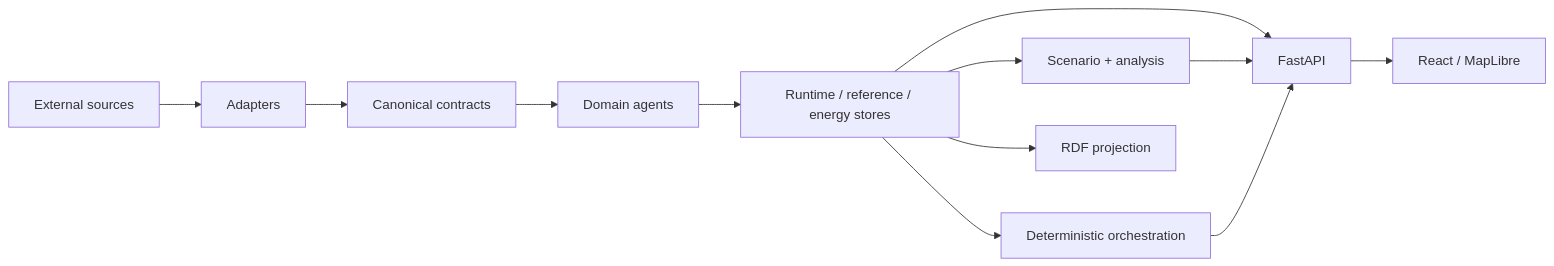
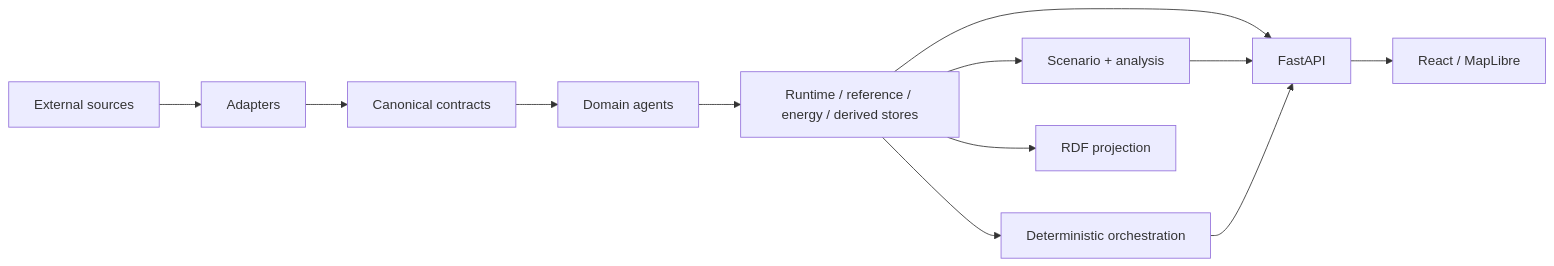
The diagram in README.md (nfloser/berlin-urban-intelligence), drawn with Mermaid before and after one commit. The commit also changed other lines of this file and 8 other files, not shown here.

````diff
--- a/README.md
+++ b/README.md
@@ -43,14 +50,14 @@
 ```mermaid
 flowchart LR
     S[External sources] --> A[Adapters]
     A --> C[Canonical contracts]
     C --> G[Domain agents]
-    G --> P[Runtime / reference / energy stores]
+    G --> P[Runtime / reference / energy / derived stores]
     P --> X[Scenario + analysis]
     P --> O[Deterministic orchestration]
     P --> K[RDF projection]
     P --> API[FastAPI]
     X --> API
     O --> API
     API --> UI[React / MapLibre]
 ```
````
